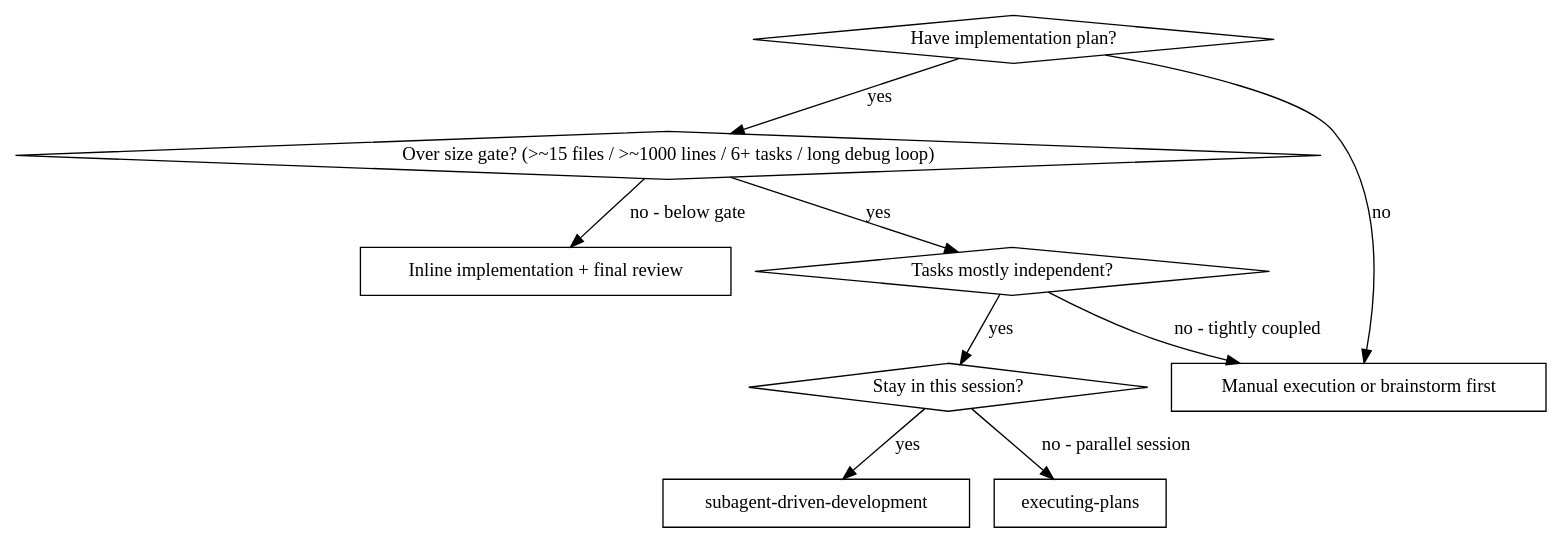
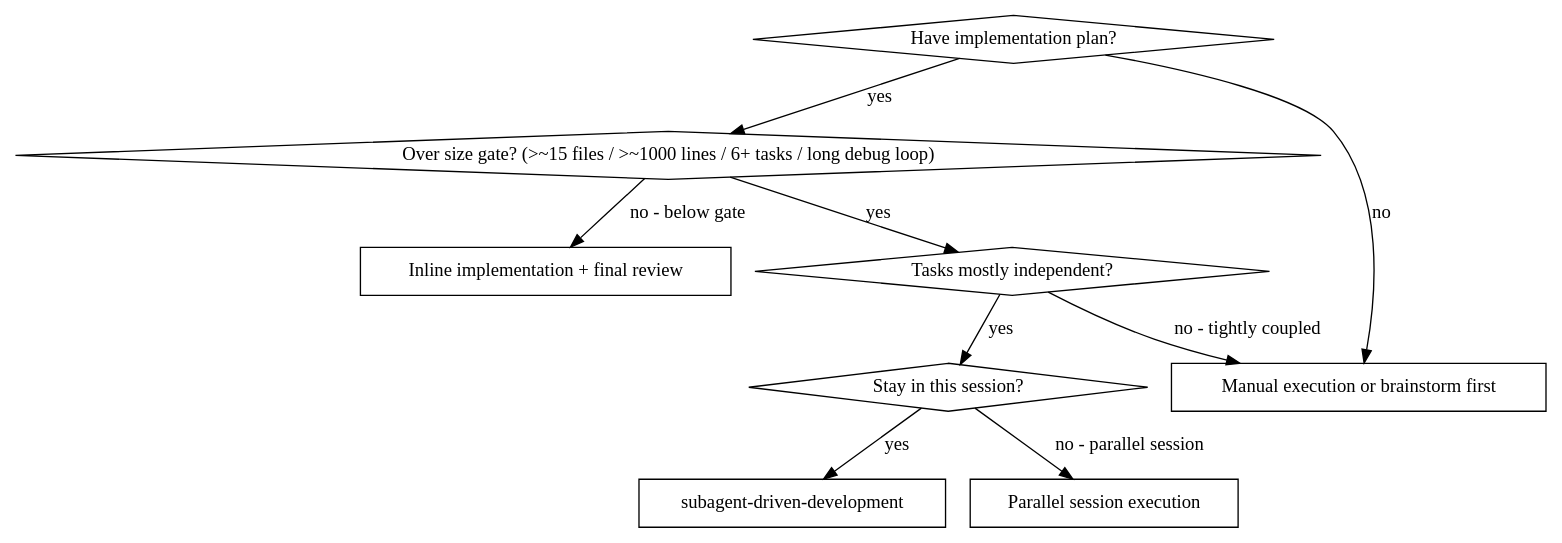
One commit to moorestech/moorestech changed the first of 2 diagrams in .agents/skills/subagent-driven-development/SKILL.md. Above: the diagram before and after it, drawn with Graphviz. The commit also changed other lines of this file and 1 other file, not shown here.

````diff
--- a/.agents/skills/subagent-driven-development/SKILL.md
+++ b/.agents/skills/subagent-driven-development/SKILL.md
@@ -37,21 +37,21 @@
 ```dot
 digraph when_to_use {
     "Have implementation plan?" [shape=diamond];
     "Over size gate? (>~15 files / >~1000 lines / 6+ tasks / long debug loop)" [shape=diamond];
     "Tasks mostly independent?" [shape=diamond];
     "subagent-driven-development" [shape=box];
-    "executing-plans" [shape=box];
+    "Parallel session execution" [shape=box];
     "Manual execution or brainstorm first" [shape=box];
     "Inline implementation + final review" [shape=box];
     "Stay in this session?" [shape=diamond];
 
     "Have implementation plan?" -> "Over size gate? (>~15 files / >~1000 lines / 6+ tasks / long debug loop)" [label="yes"];
     "Have implementation plan?" -> "Manual execution or brainstorm first" [label="no"];
     "Over size gate? (>~15 files / >~1000 lines / 6+ tasks / long debug loop)" -> "Tasks mostly independent?" [label="yes"];
     "Over size gate? (>~15 files / >~1000 lines / 6+ tasks / long debug loop)" -> "Inline implementation + final review" [label="no - below gate"];
     "Tasks mostly independent?" -> "Stay in this session?" [label="yes"];
     "Tasks mostly independent?" -> "Manual execution or brainstorm first" [label="no - tightly coupled"];
     "Stay in this session?" -> "subagent-driven-development" [label="yes"];
-    "Stay in this session?" -> "executing-plans" [label="no - parallel session"];
+    "Stay in this session?" -> "Parallel session execution" [label="no - parallel session"];
 }
 ```
````
